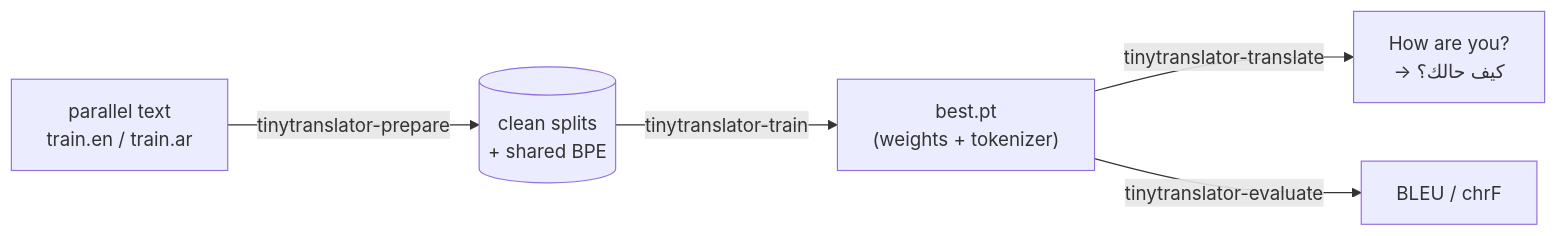
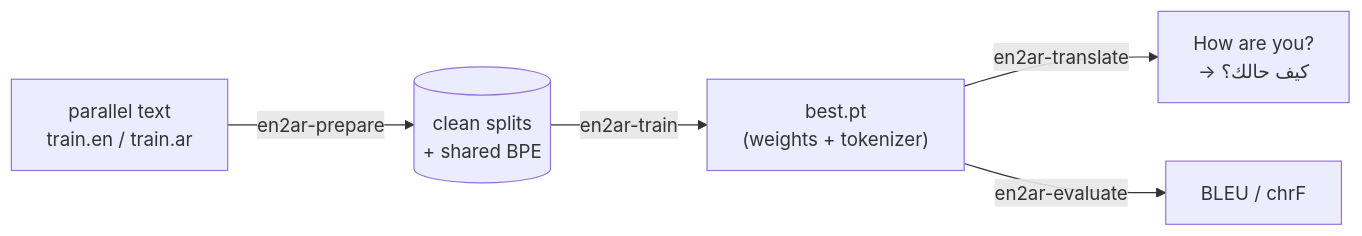
One commit to benisalla/tiny-translator changed the diagram in README.md. Above: the diagram before and after it, drawn with Mermaid. The commit also changed other lines of this file and 24 other files, not shown here.

````diff
--- a/README.md
+++ b/README.md
@@ -20,7 +20,7 @@
 ```mermaid
 flowchart LR
-    RAW["parallel text<br/>train.en / train.ar"] -- "tinytranslator-prepare" --> DATA[("clean splits<br/>+ shared BPE")]
-    DATA -- "tinytranslator-train" --> CKPT["best.pt<br/>(weights + tokenizer)"]
-    CKPT -- "tinytranslator-translate" --> OUT["How are you?<br/>→ كيف حالك؟"]
-    CKPT -- "tinytranslator-evaluate" --> SCORE["BLEU / chrF"]
+    RAW["parallel text<br/>train.en / train.ar"] -- "en2ar-prepare" --> DATA[("clean splits<br/>+ shared BPE")]
+    DATA -- "en2ar-train" --> CKPT["best.pt<br/>(weights + tokenizer)"]
+    CKPT -- "en2ar-translate" --> OUT["How are you?<br/>→ كيف حالك؟"]
+    CKPT -- "en2ar-evaluate" --> SCORE["BLEU / chrF"]
 ```
````
